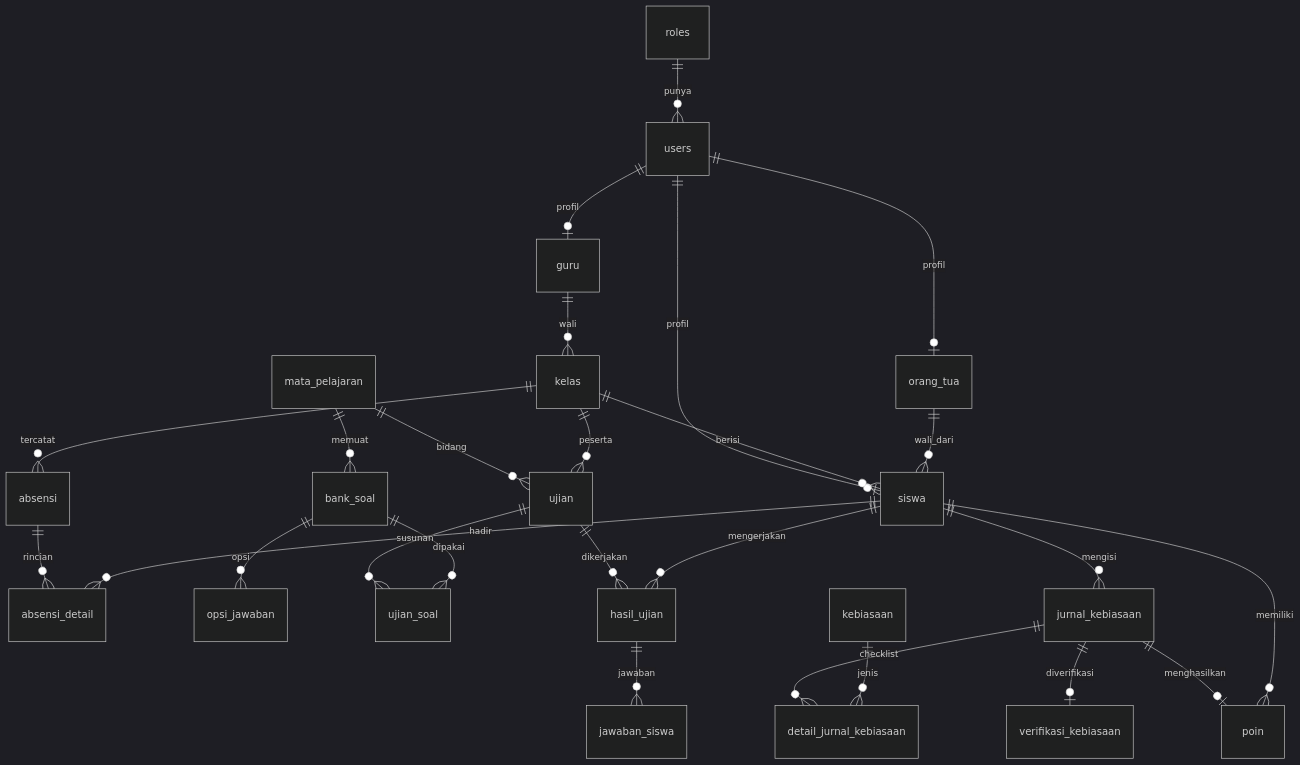
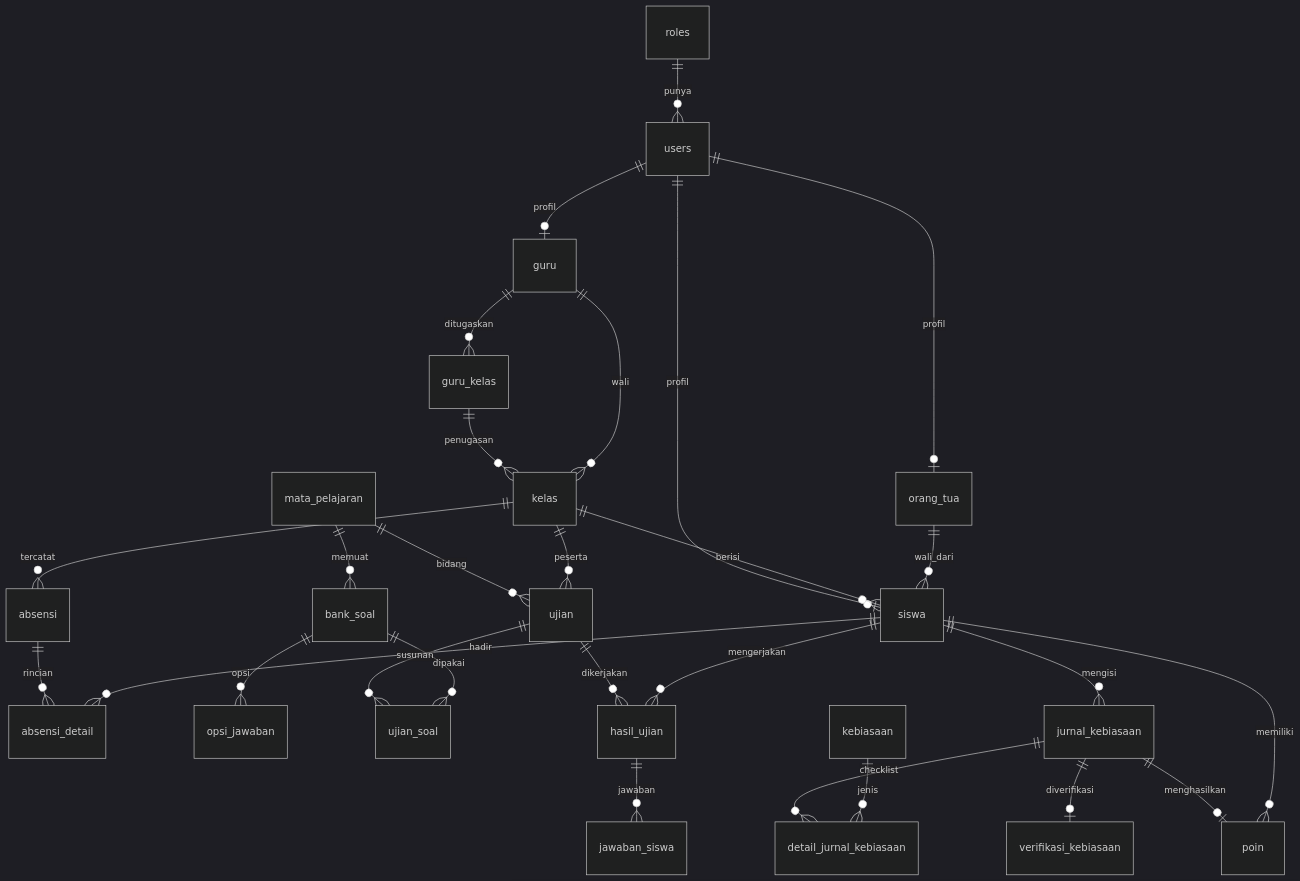
One commit to 0112engguh/KKP changed the diagram in README.md. Above: the diagram before and after it, drawn with Mermaid (dark theme). The commit also changed other lines of this file and 39 other files, not shown here.

First line of the commit message:
feat: finalisasi proyek kkp-sd - penugasan kelas guru, isolasi data, foto jurnal, dan hardening keamanan

````diff
--- a/README.md
+++ b/README.md
@@ -137,28 +139,30 @@
 ```mermaid
 erDiagram
     roles ||--o{ users : punya
     users ||--o| guru : profil
     users ||--o| siswa : profil
     users ||--o| orang_tua : profil
+    guru ||--o{ guru_kelas : ditugaskan
+    guru_kelas ||--o{ kelas : penugasan
     guru ||--o{ kelas : wali
     kelas ||--o{ siswa : berisi
     orang_tua ||--o{ siswa : wali_dari
     kelas ||--o{ absensi : tercatat
     absensi ||--o{ absensi_detail : rincian
     siswa ||--o{ absensi_detail : hadir
     mata_pelajaran ||--o{ bank_soal : memuat
     bank_soal ||--o{ opsi_jawaban : opsi
     mata_pelajaran ||--o{ ujian : bidang
     kelas ||--o{ ujian : peserta
     ujian ||--o{ ujian_soal : susunan
     bank_soal ||--o{ ujian_soal : dipakai
     ujian ||--o{ hasil_ujian : dikerjakan
     siswa ||--o{ hasil_ujian : mengerjakan
     hasil_ujian ||--o{ jawaban_siswa : jawaban
     siswa ||--o{ jurnal_kebiasaan : mengisi
     jurnal_kebiasaan ||--o{ detail_jurnal_kebiasaan : checklist
     kebiasaan ||--o{ detail_jurnal_kebiasaan : jenis
     jurnal_kebiasaan ||--o| verifikasi_kebiasaan : diverifikasi
     jurnal_kebiasaan ||--o| poin : menghasilkan
     siswa ||--o{ poin : memiliki
 ```
````
